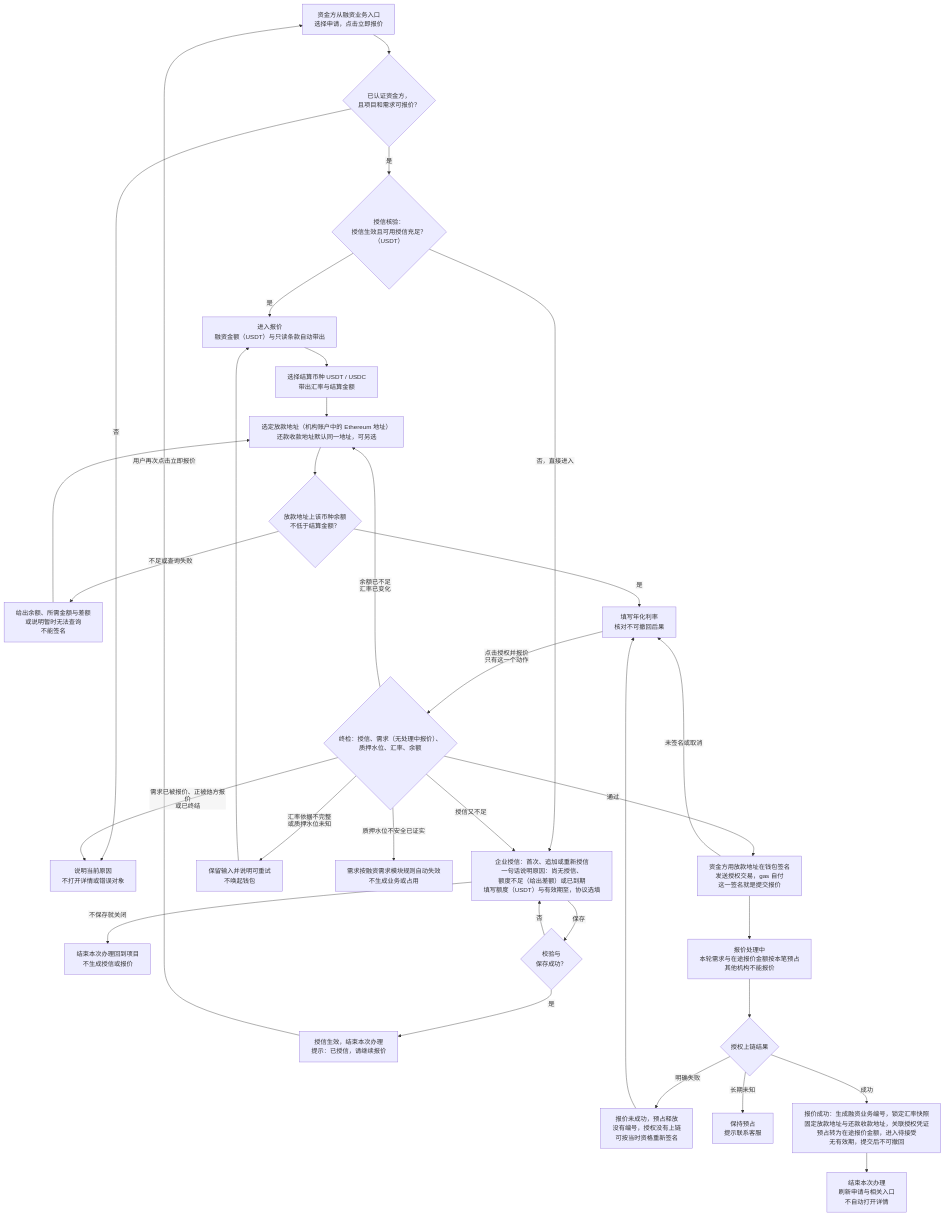
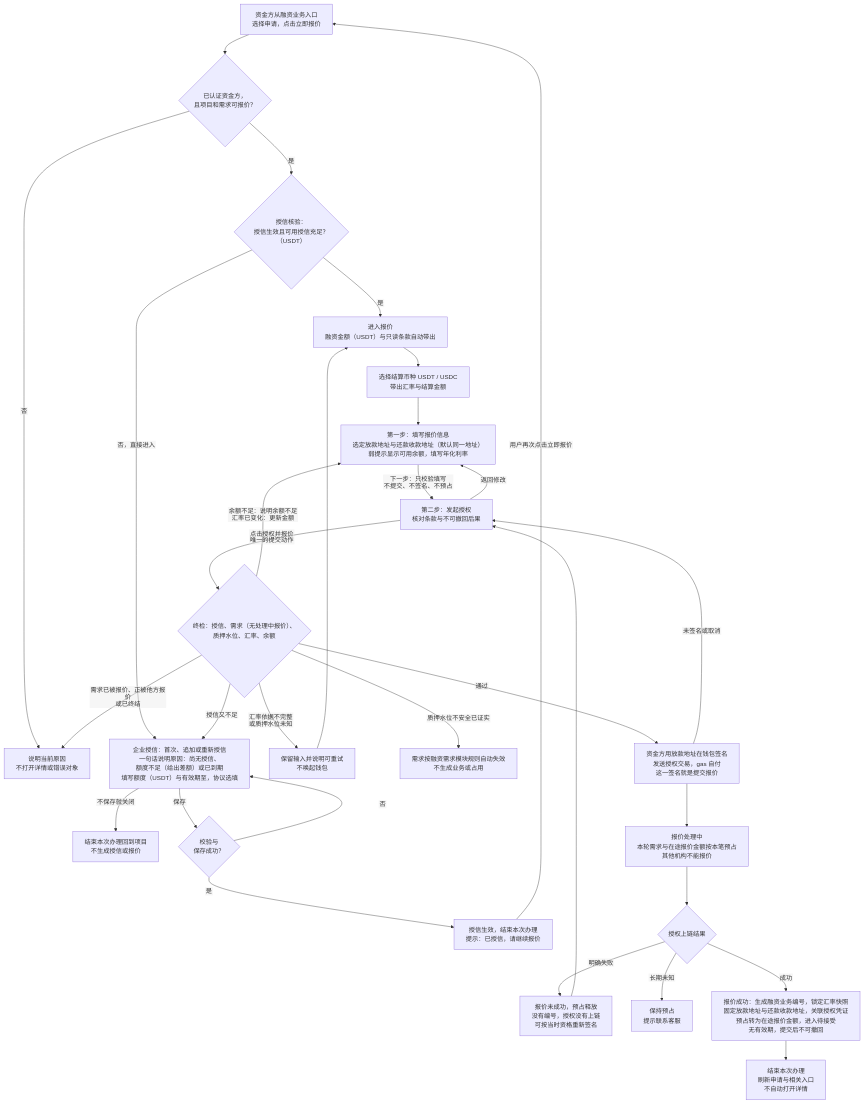
One commit to wxblockchain/Chain-Financing changed the first of 10 diagrams in lending-platform/PRD/面客端/06-借贷广场-授信报价与接受拒绝/02-授信报价与接受拒绝-流程图与状态机.md. Above: the diagram before and after it, drawn with Mermaid. The commit also changed other lines of this file and 4 other files, not shown here.

````diff
--- a/lending-platform/PRD/面客端/06-借贷广场-授信报价与接受拒绝/02-授信报价与接受拒绝-流程图与状态机.md
+++ b/lending-platform/PRD/面客端/06-借贷广场-授信报价与接受拒绝/02-授信报价与接受拒绝-流程图与状态机.md
@@ -23,36 +23,34 @@
 ```mermaid
 %%{init: {"flowchart": {"htmlLabels": false, "wrappingWidth": 400}}}%%
 flowchart TD
   A["资金方从融资业务入口<br/>选择申请，点击立即报价"] --> B{"已认证资金方，<br/>且项目和需求可报价？"}
   B -->|"否"| X["说明当前原因<br/>不打开详情或错误对象"]
   B -->|"是"| C{"授信核验：<br/>授信生效且可用授信充足？<br/>（USDT）"}
   C -->|"否，直接进入"| F["企业授信：首次、追加或重新授信<br/>一句话说明原因：尚无授信、<br/>额度不足（给出差额）或已到期<br/>填写额度（USDT）与有效期至，协议选填"]
   F -->|"不保存就关闭"| E["结束本次办理回到项目<br/>不生成授信或报价"]
   F -->|"保存"| G{"校验与<br/>保存成功？"}
   G -->|"否"| F
   G -->|"是"| H["授信生效，结束本次办理<br/>提示：已授信，请继续报价"]
   H -->|"用户再次点击立即报价"| A
   C -->|"是"| Q["进入报价<br/>融资金额（USDT）与只读条款自动带出"]
   Q --> R["选择结算币种 USDT / USDC<br/>带出汇率与结算金额"]
-  R --> S1["选定放款地址（机构账户中的 Ethereum 地址）<br/>还款收款地址默认同一地址，可另选"]
-  S1 --> S2{"放款地址上该币种余额<br/>不低于结算金额？"}
-  S2 -->|"不足或查询失败"| S3["给出余额、所需金额与差额<br/>或说明暂时无法查询<br/>不能签名"]
-  S3 --> S1
-  S2 -->|"是"| T["填写年化利率<br/>核对不可撤回后果"]
-  T -->|"点击授权并报价<br/>只有这一个动作"| U{"终检：授信、需求（无处理中报价）、<br/>质押水位、汇率、余额"}
+  R --> S1["第一步：填写报价信息<br/>选定放款地址与还款收款地址（默认同一地址）<br/>弱提示显示可用余额，填写年化利率"]
+  S1 -->|"下一步：只校验填写<br/>不提交、不签名、不预占"| T["第二步：发起授权<br/>核对条款与不可撤回后果"]
+  T -->|"返回修改"| S1
+  T -->|"点击授权并报价<br/>唯一的提交动作"| U{"终检：授信、需求（无处理中报价）、<br/>质押水位、汇率、余额"}
   U -->|"汇率依据不完整<br/>或质押水位未知"| U1["保留输入并说明可重试<br/>不唤起钱包"]
   U1 --> Q
-  U -->|"余额已不足<br/>汇率已变化"| S1
+  U -->|"余额不足：说明余额不足<br/>汇率已变化：更新金额"| S1
   U -->|"质押水位不安全已证实"| V["需求按融资需求模块规则自动失效<br/>不生成业务或占用"]
   U -->|"需求已被报价、正被他方报价<br/>或已终结"| X
   U -->|"授信又不足"| F
   U -->|"通过"| K["资金方用放款地址在钱包签名<br/>发送授权交易，gas 自付<br/>这一签名就是提交报价"]
   K -->|"未签名或取消"| T
   K --> P["报价处理中<br/>本轮需求与在途报价金额按本笔预占<br/>其他机构不能报价"]
   P --> M{"授权上链结果"}
   M -->|"明确失败"| M1["报价未成功，预占释放<br/>没有编号，授权没有上链<br/>可按当时资格重新签名"]
   M1 --> T
   M -->|"长期未知"| M2["保持预占<br/>提示联系客服"]
   M -->|"成功"| W["报价成功：生成融资业务编号，锁定汇率快照<br/>固定放款地址与还款收款地址，关联授权凭证<br/>预占转为在途报价金额，进入待接受<br/>无有效期，提交后不可撤回"]
   W --> Z["结束本次办理<br/>刷新申请与相关入口<br/>不自动打开详情"]
 ```
````
